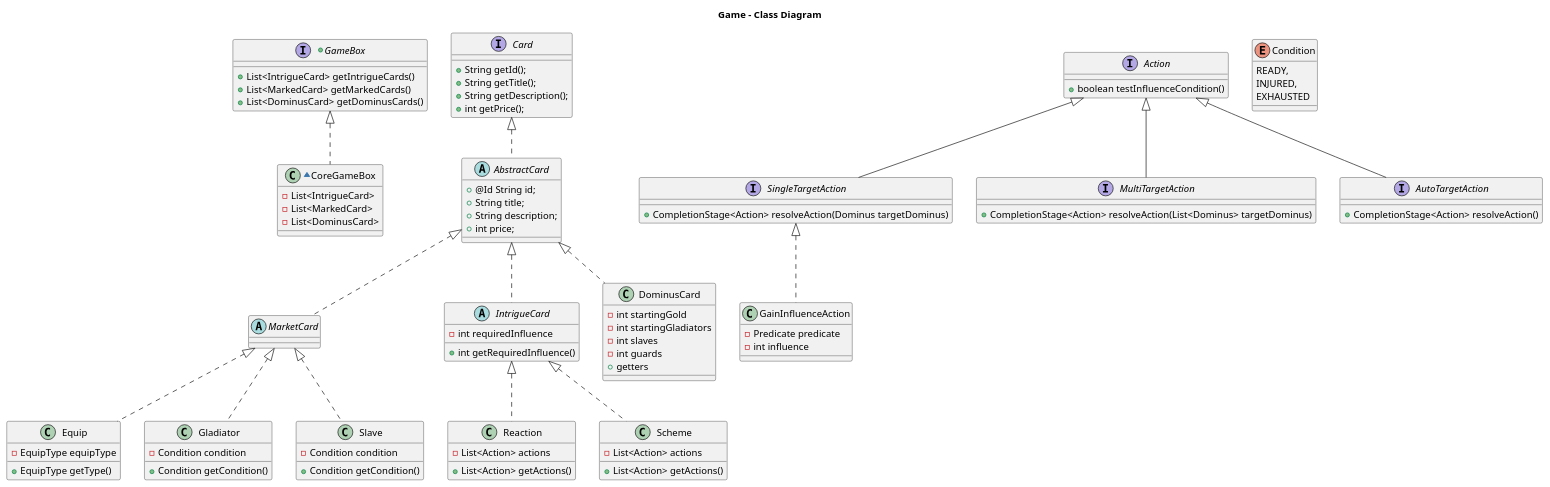
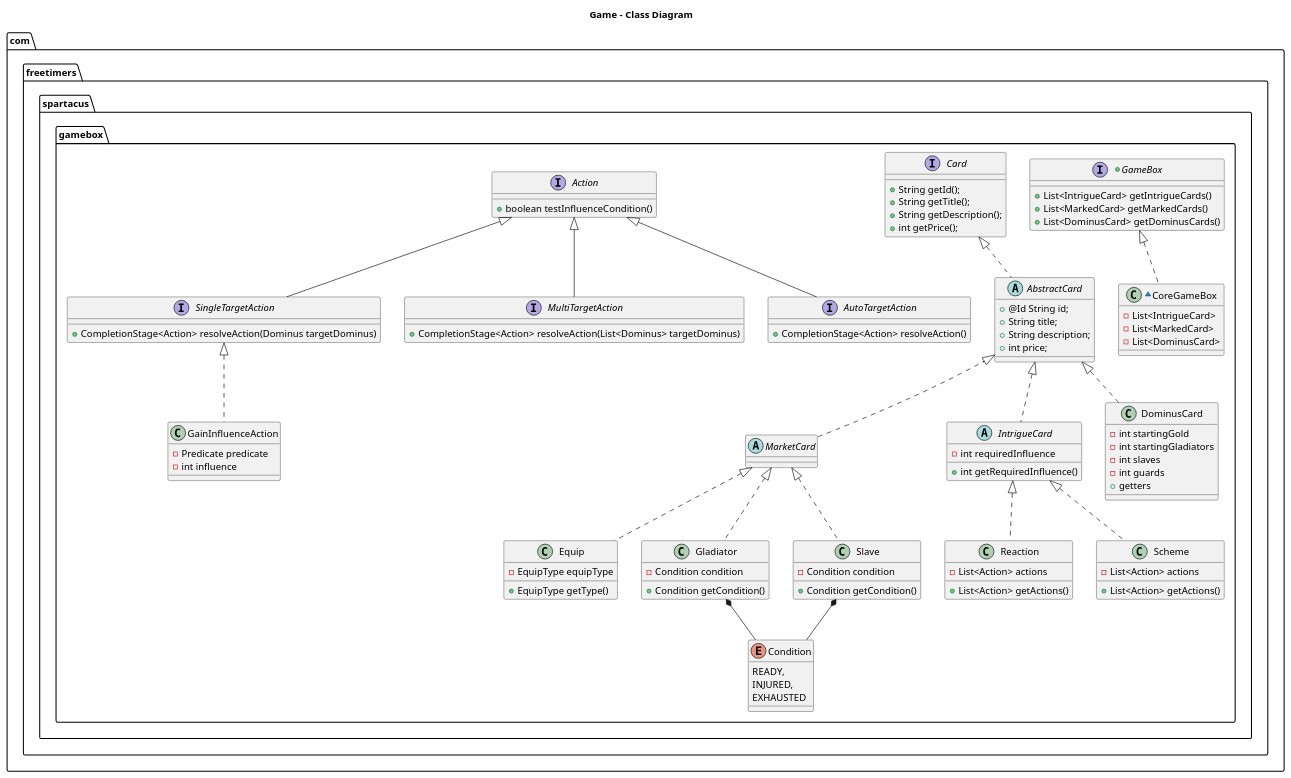
One commit to v-bodnar/Spartaaa changed the diagram in Docs/GameBoxClassDiagram.puml. Above: the diagram before and after it, drawn with PlantUML. The commit also changed 1 other file, not shown here.

```diff
--- a/Docs/GameBoxClassDiagram.puml
+++ b/Docs/GameBoxClassDiagram.puml
@@ -1,100 +1,104 @@
 @startuml
 
 title Game - Class Diagram
 
+package "com.freetimers.spartacus.gamebox"{
+    +interface GameBox {
+      + List<IntrigueCard> getIntrigueCards()
+      + List<MarkedCard> getMarkedCards()
+      + List<DominusCard> getDominusCards()
+    }
 
-+interface GameBox {
-  + List<IntrigueCard> getIntrigueCards()
-  + List<MarkedCard> getMarkedCards()
-  + List<DominusCard> getDominusCards()
-}
+    ~class CoreGameBox implements GameBox{
+      -List<IntrigueCard>
+      -List<MarkedCard>
+      -List<DominusCard>
+    }
 
-~class CoreGameBox implements GameBox{
-  -List<IntrigueCard>
-  -List<MarkedCard>
-  -List<DominusCard>
-}
+    interface Card{
+        + String getId();
+        + String getTitle();
+        + String getDescription();
+        + int getPrice();
+    }
 
-interface Card{
-    + String getId();
-    + String getTitle();
-    + String getDescription();
-    + int getPrice();
-}
-
-abstract class AbstractCard implements Card{
-    + @Id String id;
-    + String title;
-    + String description;
-    + int price;
-}
+    abstract class AbstractCard implements Card{
+        + @Id String id;
+        + String title;
+        + String description;
+        + int price;
+    }
 
 
-abstract class MarketCard implements AbstractCard{
-}
+    abstract class MarketCard implements AbstractCard{
+    }
 
-abstract class IntrigueCard implements AbstractCard{
-    - int requiredInfluence
-    + int getRequiredInfluence()
-}
+    abstract class IntrigueCard implements AbstractCard{
+        - int requiredInfluence
+        + int getRequiredInfluence()
+    }
 
-class Equip implements MarketCard{
-    - EquipType equipType
-    + EquipType getType()
-}
+    class Equip implements MarketCard{
+        - EquipType equipType
+        + EquipType getType()
+    }
 
-class Gladiator implements MarketCard{
-    - Condition condition
-    + Condition getCondition()
-}
+    class Gladiator implements MarketCard{
+        - Condition condition
+        + Condition getCondition()
+    }
 
-class Slave implements MarketCard{
-    - Condition condition
-    + Condition getCondition()
-}
+    class Slave implements MarketCard{
+        - Condition condition
+        + Condition getCondition()
+    }
 
-class Reaction implements IntrigueCard{
-    -List<Action> actions
-    + List<Action> getActions()
-}
+    class Reaction implements IntrigueCard{
+        -List<Action> actions
+        + List<Action> getActions()
+    }
 
-class Scheme implements IntrigueCard{
-    -List<Action> actions
-    + List<Action> getActions()
-}
+    class Scheme implements IntrigueCard{
+        -List<Action> actions
+        + List<Action> getActions()
+    }
 
-interface Action{
-    + boolean testInfluenceCondition()
-}
+    interface Action{
+        + boolean testInfluenceCondition()
+    }
 
-interface SingleTargetAction extends Action{
-    + CompletionStage<Action> resolveAction(Dominus targetDominus)
-}
+    interface SingleTargetAction extends Action{
+        + CompletionStage<Action> resolveAction(Dominus targetDominus)
+    }
 
-interface MultiTargetAction extends Action{
-    + CompletionStage<Action> resolveAction(List<Dominus> targetDominus)
-}
+    interface MultiTargetAction extends Action{
+        + CompletionStage<Action> resolveAction(List<Dominus> targetDominus)
+    }
 
-interface AutoTargetAction extends Action{
-    + CompletionStage<Action> resolveAction()
-}
+    interface AutoTargetAction extends Action{
+        + CompletionStage<Action> resolveAction()
+    }
 
-class GainInfluenceAction implements SingleTargetAction{
-    - Predicate predicate
-    - int influence
-}
+    class GainInfluenceAction implements SingleTargetAction{
+        - Predicate predicate
+        - int influence
+    }
 
-class DominusCard implements AbstractCard{
-    -int startingGold
-    -int startingGladiators
-    -int slaves
-    -int guards
-    + getters
-}
+    class DominusCard implements AbstractCard{
+        -int startingGold
+        -int startingGladiators
+        -int slaves
+        -int guards
+        + getters
+    }
 
-enum Condition{
-    READY,
-    INJURED,
-    EXHAUSTED
+    enum Condition{
+        READY,
+        INJURED,
+        EXHAUSTED
+    }
+
+    Slave *-- Condition
+    Gladiator *-- Condition
 }
 @enduml
```
